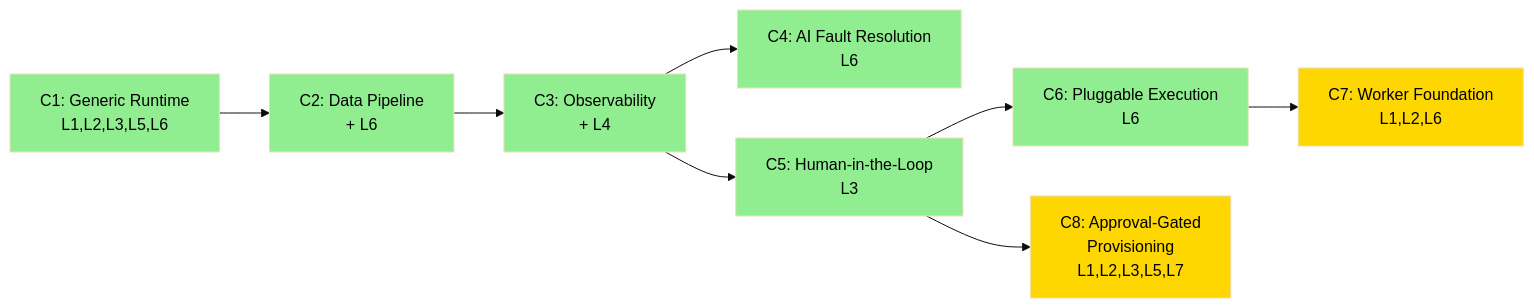
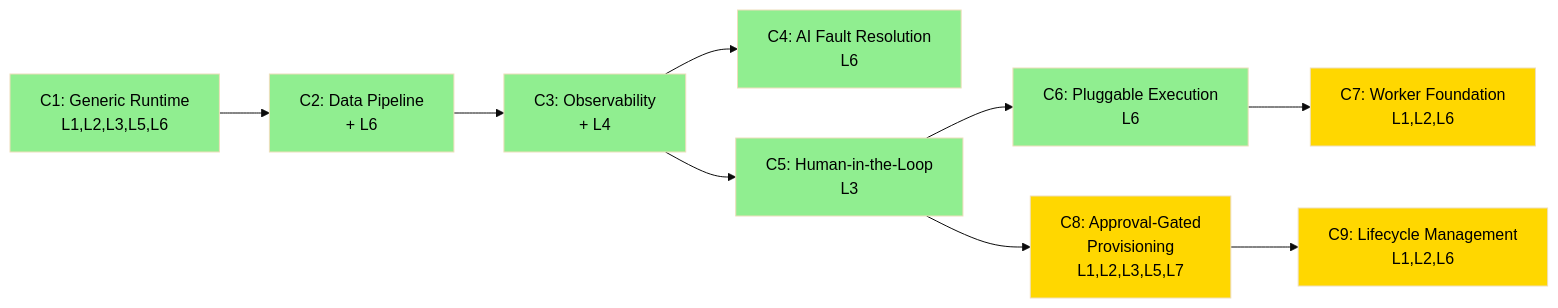
The fourth of 4 diagrams in ARC42STORIES.MD (mdproctor/casehub-desiredstate), drawn with Mermaid (base theme) before and after one commit. The commit also changed other lines of this file and 4 other files, not shown here.

````diff
--- a/ARC42STORIES.MD
+++ b/ARC42STORIES.MD
@@ -267,19 +274,21 @@
 ```mermaid
 flowchart LR
   C1["C1: Generic Runtime\nL1,L2,L3,L5,L6"] --> C2["C2: Data Pipeline\n+ L6"]
   C2 --> C3["C3: Observability\n+ L4"]
   C3 --> C4["C4: AI Fault Resolution\nL6"]
   C3 --> C5["C5: Human-in-the-Loop\nL3"]
   C5 --> C6["C6: Pluggable Execution\nL6"]
   C6 --> C7["C7: Worker Foundation\nL1,L2,L6"]
   C5 --> C8["C8: Approval-Gated\nProvisioning\nL1,L2,L3,L5,L7"]
+  C8 --> C9["C9: Lifecycle Management\nL1,L2,L6"]
 
   style C1 fill:#90EE90,color:#000
   style C2 fill:#90EE90,color:#000
   style C3 fill:#90EE90,color:#000
   style C4 fill:#90EE90,color:#000
   style C5 fill:#90EE90,color:#000
   style C6 fill:#90EE90,color:#000
   style C7 fill:#FFD700,color:#000
   style C8 fill:#FFD700,color:#000
+  style C9 fill:#FFD700,color:#000
 ```
````
